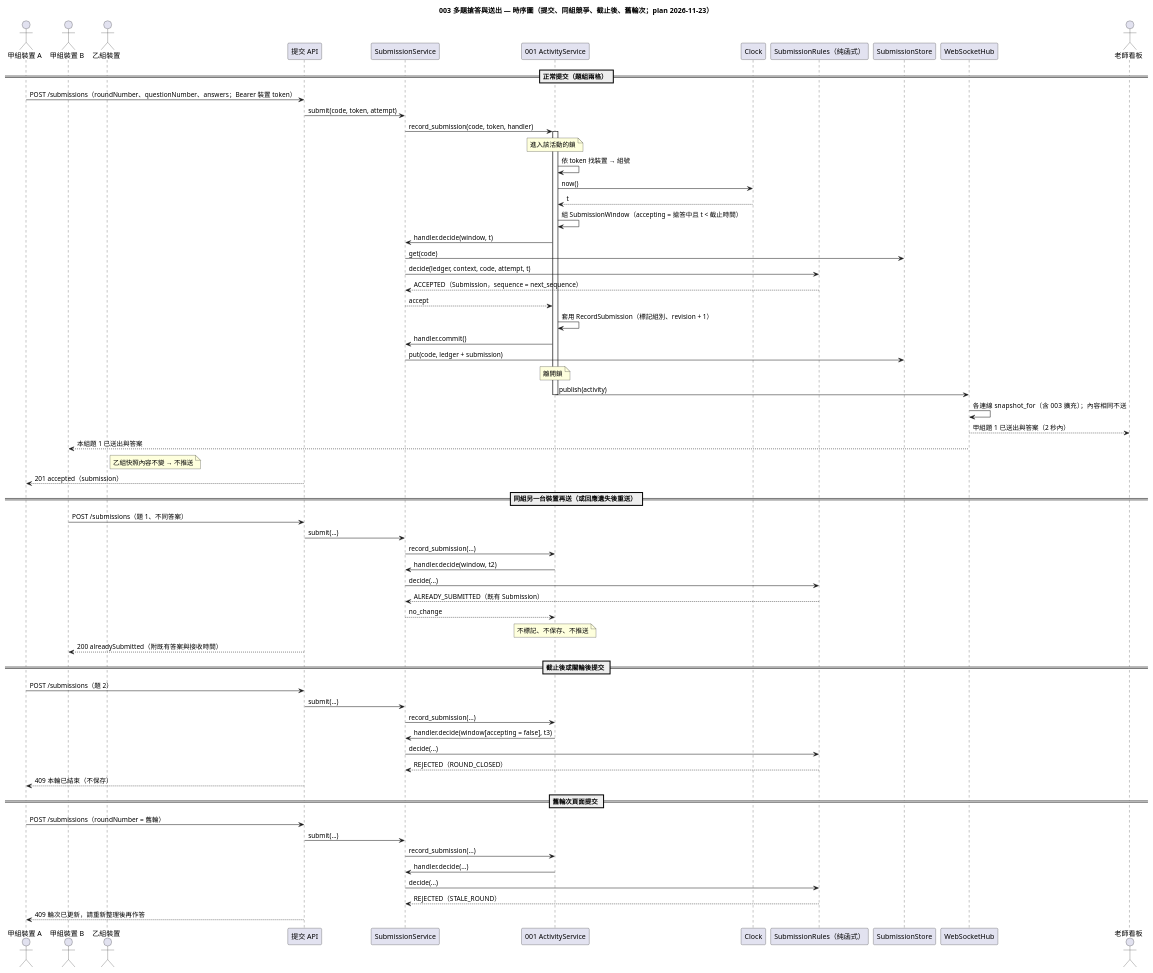
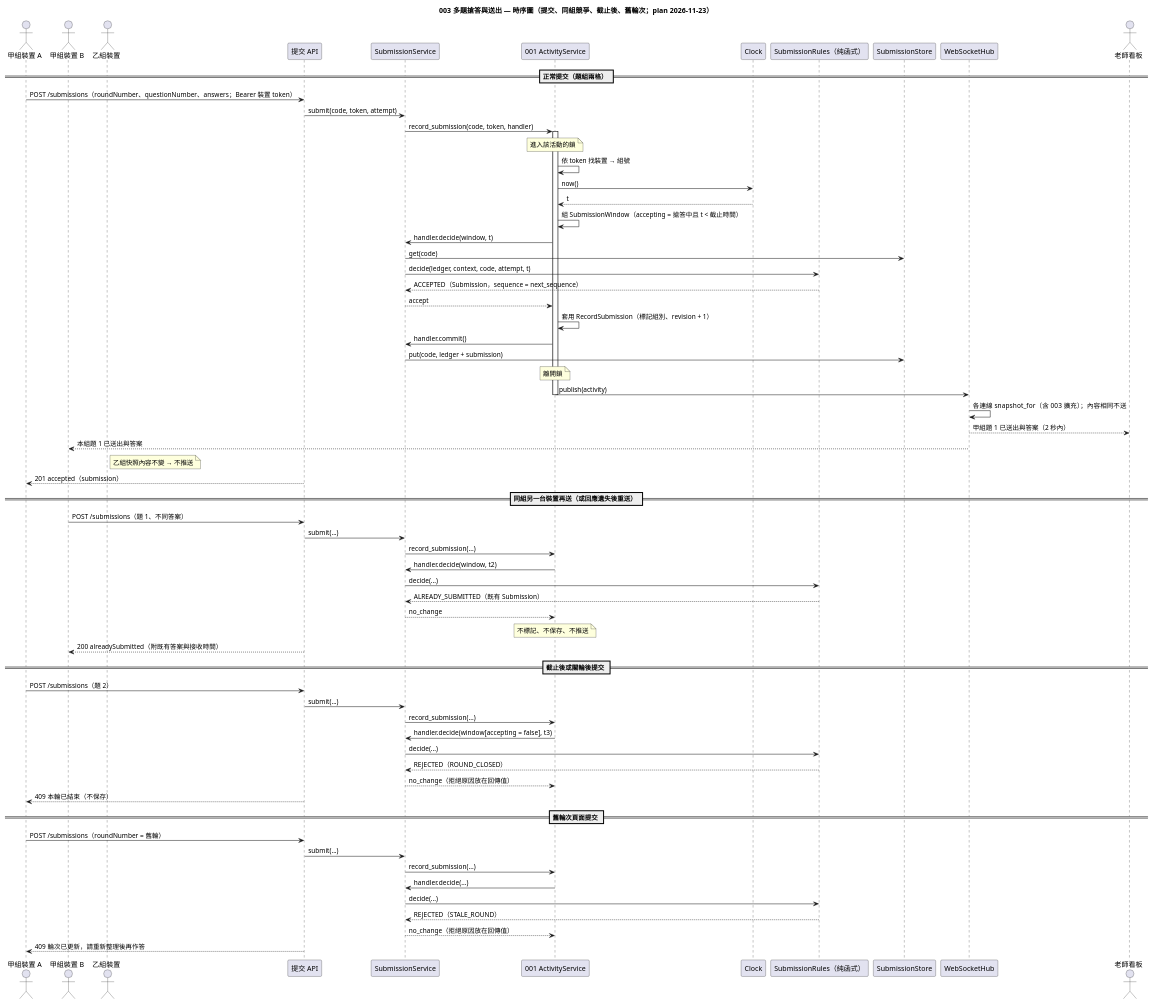
Before and after one commit to EricC430/lecture-answer-first_group16_speckit: the diagram in diagrams/003-round-submission-sequence.puml, drawn with PlantUML. The commit also changed 6 other files, not shown here.

```diff
--- a/diagrams/003-round-submission-sequence.puml
+++ b/diagrams/003-round-submission-sequence.puml
@@ -1,72 +1,74 @@
 @startuml 003-round-submission-sequence
 skinparam defaultFontName "Microsoft JhengHei"
 title 003 多題搶答與送出 — 時序圖（提交、同組競爭、截止後、舊輪次；plan 2026-11-23）
 
 actor "甲組裝置 A" as A
 actor "甲組裝置 B" as B
 actor "乙組裝置" as C
 participant "提交 API" as Api
 participant "SubmissionService" as Svc
 participant "001 ActivityService" as Act
 participant "Clock" as Clock
 participant "SubmissionRules（純函式）" as Rules
 participant "SubmissionStore" as Store
 participant "WebSocketHub" as Hub
 actor "老師看板" as T
 
 == 正常提交（題組兩格） ==
 A -> Api : POST /submissions（roundNumber、questionNumber、answers；Bearer 裝置 token）
 Api -> Svc : submit(code, token, attempt)
 Svc -> Act : record_submission(code, token, handler)
 activate Act
 note over Act : 進入該活動的鎖
 Act -> Act : 依 token 找裝置 → 組號
 Act -> Clock : now()
 Clock --> Act : t
 Act -> Act : 組 SubmissionWindow（accepting = 搶答中且 t < 截止時間）
 Act -> Svc : handler.decide(window, t)
 Svc -> Store : get(code)
 Svc -> Rules : decide(ledger, context, code, attempt, t)
 Rules --> Svc : ACCEPTED（Submission，sequence = next_sequence）
 Svc --> Act : accept
 Act -> Act : 套用 RecordSubmission（標記組別、revision + 1）
 Act -> Svc : handler.commit()
 Svc -> Store : put(code, ledger + submission)
 note over Act : 離開鎖
 Act -> Hub : publish(activity)
 deactivate Act
 Hub -> Hub : 各連線 snapshot_for（含 003 擴充）；內容相同不送
 Hub --> T : 甲組題 1 已送出與答案（2 秒內）
 Hub --> B : 本組題 1 已送出與答案
 note right of C : 乙組快照內容不變 → 不推送
 Api --> A : 201 accepted（submission）
 
 == 同組另一台裝置再送（或回應遺失後重送） ==
 B -> Api : POST /submissions（題 1、不同答案）
 Api -> Svc : submit(...)
 Svc -> Act : record_submission(...)
 Act -> Svc : handler.decide(window, t2)
 Svc -> Rules : decide(...)
 Rules --> Svc : ALREADY_SUBMITTED（既有 Submission）
 Svc --> Act : no_change
 note over Act : 不標記、不保存、不推送
 Api --> B : 200 alreadySubmitted（附既有答案與接收時間）
 
 == 截止後或關輪後提交 ==
 A -> Api : POST /submissions（題 2）
 Api -> Svc : submit(...)
 Svc -> Act : record_submission(...)
 Act -> Svc : handler.decide(window[accepting = false], t3)
 Svc -> Rules : decide(...)
 Rules --> Svc : REJECTED（ROUND_CLOSED）
+Svc --> Act : no_change（拒絕原因放在回傳值）
 Api --> A : 409 本輪已結束（不保存）
 
 == 舊輪次頁面提交 ==
 A -> Api : POST /submissions（roundNumber = 舊輪）
 Api -> Svc : submit(...)
 Svc -> Act : record_submission(...)
 Act -> Svc : handler.decide(...)
 Svc -> Rules : decide(...)
 Rules --> Svc : REJECTED（STALE_ROUND）
+Svc --> Act : no_change（拒絕原因放在回傳值）
 Api --> A : 409 輪次已更新，請重新整理後再作答
 @enduml
```
